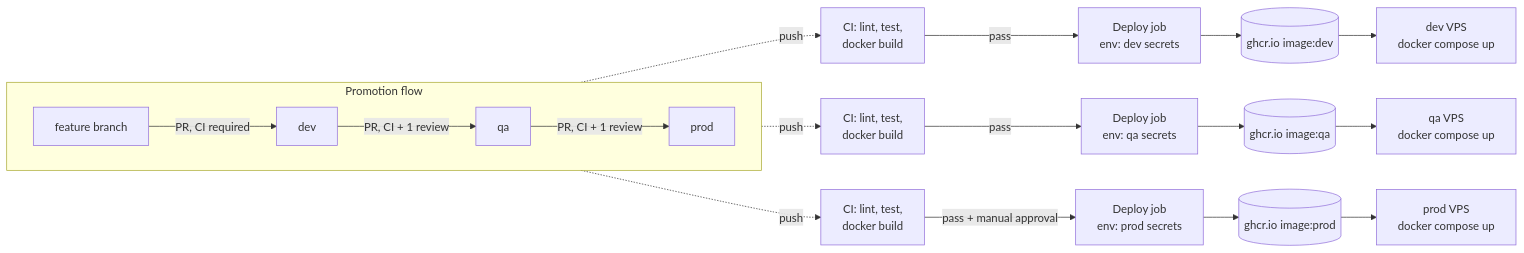
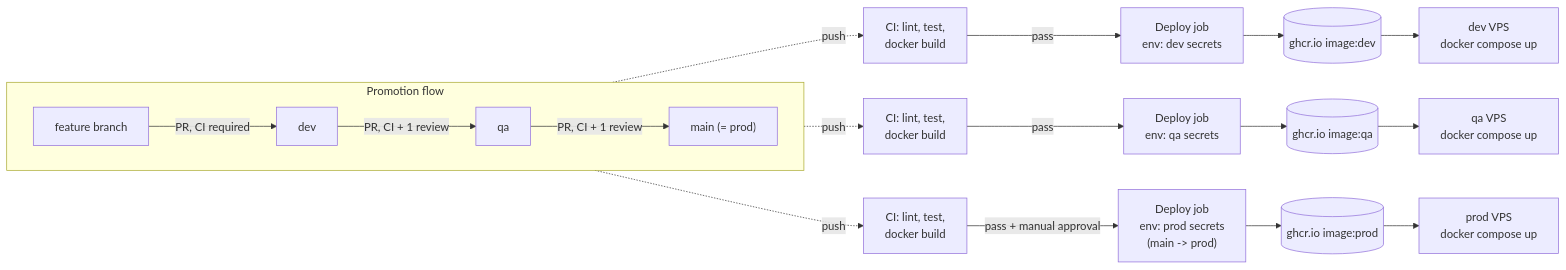
Before and after one commit to SByteForge/llmtexttosql: the third of 3 diagrams in docs/ARCHITECTURE.md, drawn with Mermaid. The commit also changed other lines of this file and 5 other files, not shown here.

First line of the commit message:
Drop separate prod branch - main is prod

````diff
--- a/docs/ARCHITECTURE.md
+++ b/docs/ARCHITECTURE.md
@@ -90,25 +92,25 @@
 ```mermaid
 flowchart LR
     subgraph promote["Promotion flow"]
         direction LR
         Feature["feature branch"] -->|PR, CI required| Dev["dev"]
         Dev -->|PR, CI + 1 review| QA["qa"]
-        QA -->|PR, CI + 1 review| Prod["prod"]
+        QA -->|PR, CI + 1 review| Main["main (= prod)"]
     end
 
     Dev -.push.-> CID["CI: lint, test,\ndocker build"]
     QA -.push.-> CIQ["CI: lint, test,\ndocker build"]
-    Prod -.push.-> CIP["CI: lint, test,\ndocker build"]
+    Main -.push.-> CIP["CI: lint, test,\ndocker build"]
 
     CID -->|pass| DeployD["Deploy job\nenv: dev secrets"]
     CIQ -->|pass| DeployQ["Deploy job\nenv: qa secrets"]
-    CIP -->|pass + manual approval| DeployP["Deploy job\nenv: prod secrets"]
+    CIP -->|pass + manual approval| DeployP["Deploy job\nenv: prod secrets\n(main -> prod)"]
 
     DeployD --> GHCR[("ghcr.io image:dev")]
     DeployQ --> GHCR2[("ghcr.io image:qa")]
     DeployP --> GHCR3[("ghcr.io image:prod")]
 
     GHCR --> VPSD["dev VPS\ndocker compose up"]
     GHCR2 --> VPSQ["qa VPS\ndocker compose up"]
     GHCR3 --> VPSP["prod VPS\ndocker compose up"]
 ```
````
